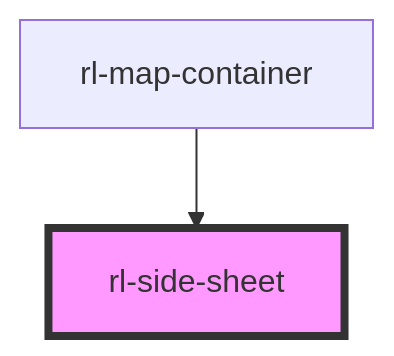
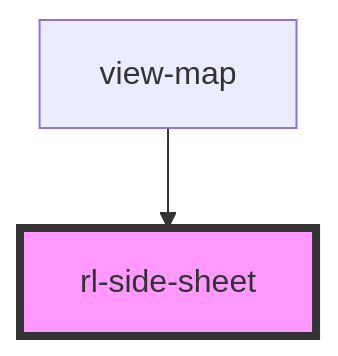
The diagram in src/components/side-sheet/readme.md (torontomulibrary/building-info-system), drawn with Mermaid before and after one commit. The commit also changed other lines of this file and 5 other files, not shown here.

````diff
--- a/src/components/side-sheet/readme.md
+++ b/src/components/side-sheet/readme.md
@@ -30,5 +30,5 @@
 ```mermaid
 graph TD;
-  rl-map-container --> rl-side-sheet
+  view-map --> rl-side-sheet
   style rl-side-sheet fill:#f9f,stroke:#333,stroke-width:4px
 ```
````
